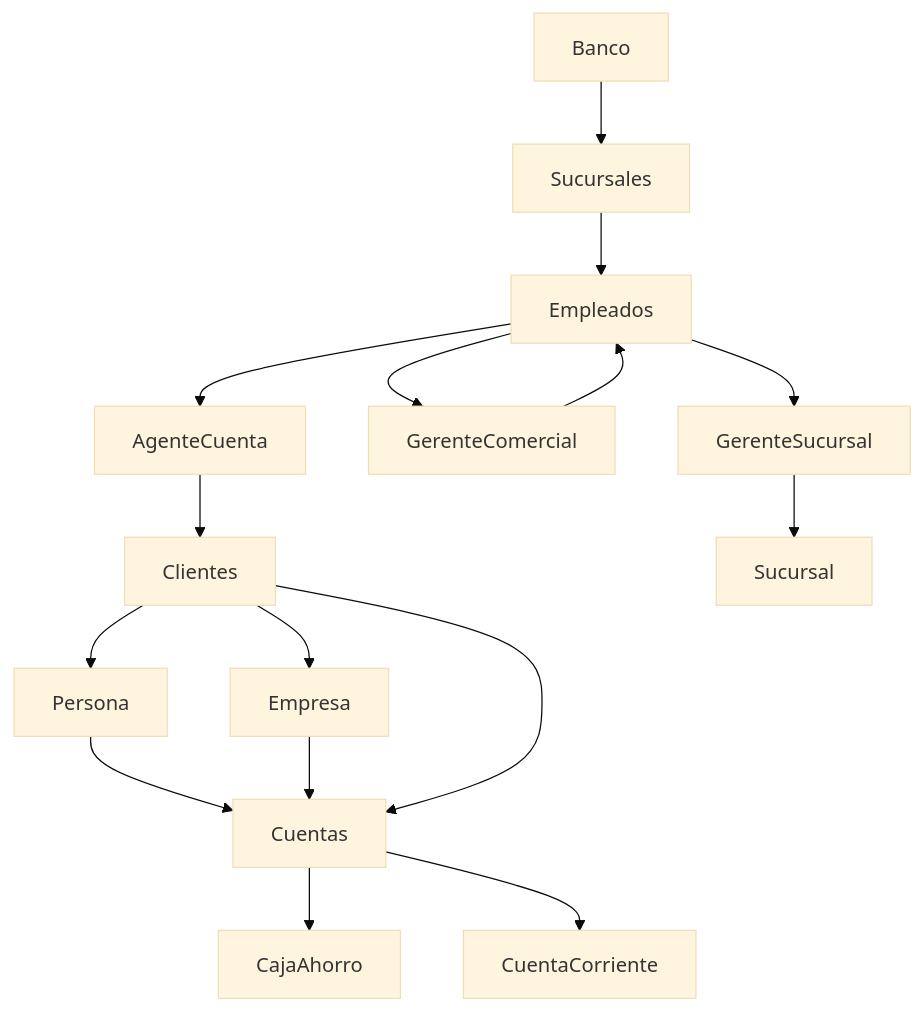
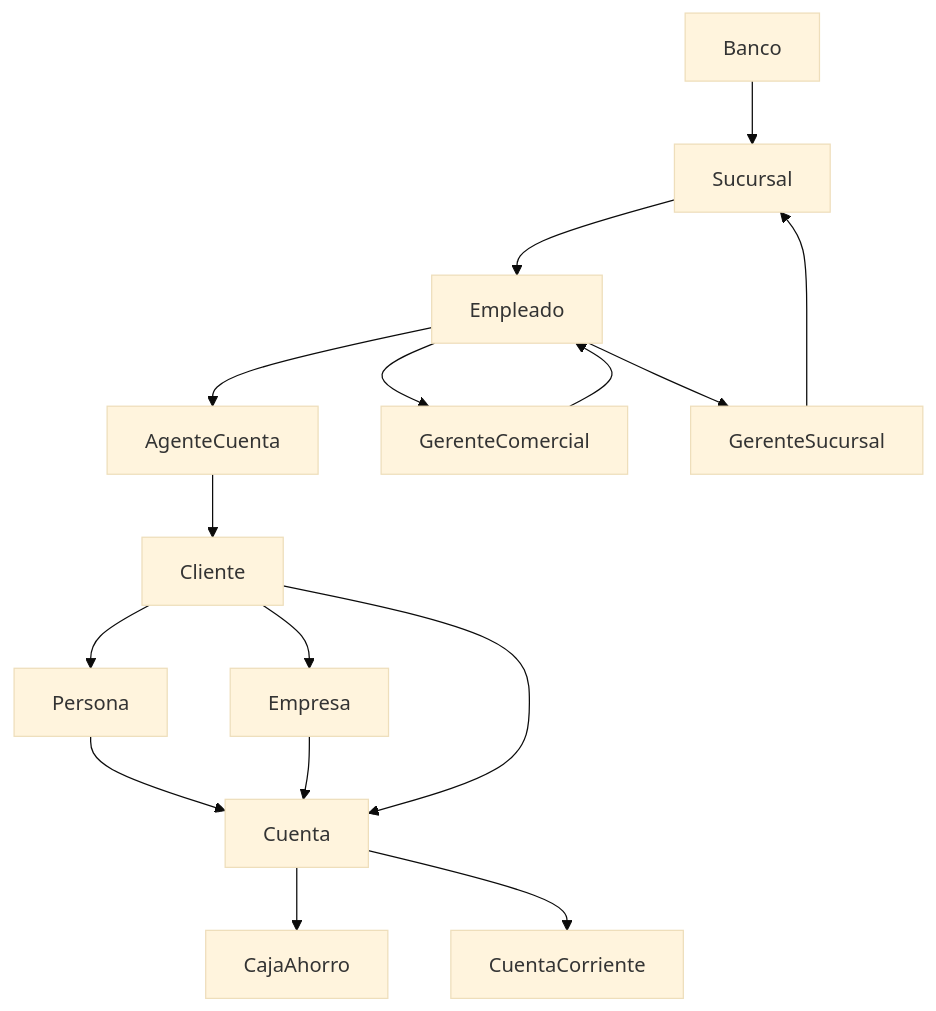
The diagram in banco_relaciones.md (C215714N/EducacionIT), drawn with Mermaid (base theme) before and after one commit.

Commit message:
revision modelo de relaciones banco

````diff
--- a/banco_relaciones.md
+++ b/banco_relaciones.md
@@ -3,13 +3,13 @@
 ```mermaid
 graph TD;
-    Banco-->Sucursales;
-    Sucursales-->Empleados;
-    Clientes-->Persona-->Cuentas;
-    Clientes-->Empresa-->Cuentas;
-    Clientes-->Cuentas;
-    Cuentas-->CajaAhorro;
-    Cuentas-->CuentaCorriente;
-    Empleados-->AgenteCuenta-->Clientes;
-    Empleados-->GerenteComercial-->Empleados;
-    Empleados-->GerenteSucursal-->Sucursal;
+    Banco-->Sucursal;
+    Sucursal-->Empleado;
+    Cliente-->Persona-->Cuenta;
+    Cliente-->Empresa-->Cuenta;
+    Cliente-->Cuenta;
+    Cuenta-->CajaAhorro;
+    Cuenta-->CuentaCorriente;
+    Empleado-->AgenteCuenta-->Cliente;
+    Empleado-->GerenteComercial-->Empleado;
+    Empleado-->GerenteSucursal-->Sucursal;
 ```
````
